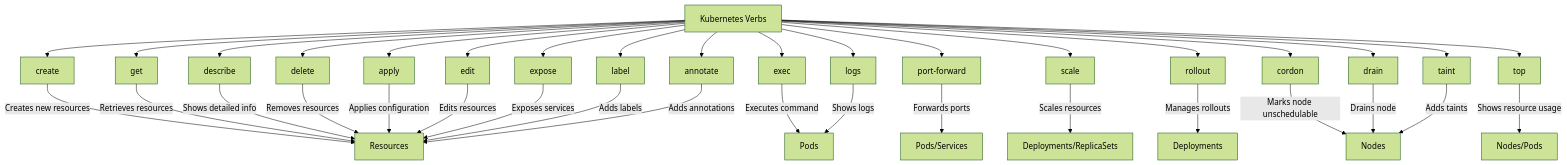
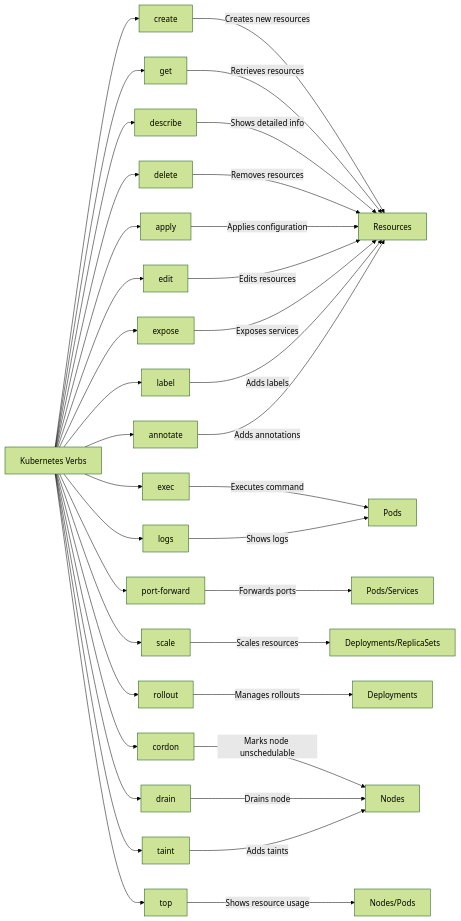
The diagram in notes/kubectl-commands.md (aaronaddleman/ckad-practice), drawn with Mermaid (forest theme) before and after one commit. The commit also changed other lines of this file, not shown here.

Commit message:
update diagram

````diff
--- a/notes/kubectl-commands.md
+++ b/notes/kubectl-commands.md
@@ -97,40 +97,40 @@
 ```mermaid
-graph TD
+graph LR
     Verbs[Kubernetes Verbs] --> Create[create]
     Verbs --> Get[get]
     Verbs --> Describe[describe]
     Verbs --> Delete[delete]
     Verbs --> Apply[apply]
     Verbs --> Edit[edit]
     Verbs --> Exec[exec]
     Verbs --> Logs[logs]
     Verbs --> PortForward[port-forward]
     Verbs --> Expose[expose]
     Verbs --> Label[label]
     Verbs --> Annotate[annotate]
     Verbs --> Scale[scale]
     Verbs --> Rollout[rollout]
     Verbs --> Cordon[cordon]
     Verbs --> Drain[drain]
     Verbs --> Taint[taint]
     Verbs --> Top[top]
     
     Create -->|Creates new resources| Resources
     Get -->|Retrieves resources| Resources
     Describe -->|Shows detailed info| Resources
     Delete -->|Removes resources| Resources
     Apply -->|Applies configuration| Resources
     Edit -->|Edits resources| Resources
     Exec -->|Executes command| Pods
     Logs -->|Shows logs| Pods
     PortForward -->|Forwards ports| Pods/Services
     Expose -->|Exposes services| Resources
     Label -->|Adds labels| Resources
     Annotate -->|Adds annotations| Resources
     Scale -->|Scales resources| Deployments/ReplicaSets
     Rollout -->|Manages rollouts| Deployments
     Cordon -->|Marks node unschedulable| Nodes
     Drain -->|Drains node| Nodes
     Taint -->|Adds taints| Nodes
     Top -->|Shows resource usage| Nodes/Pods
 ```
````
